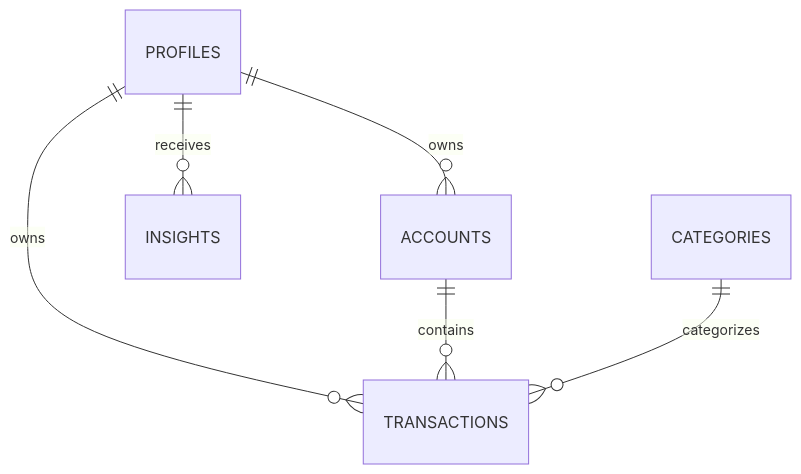
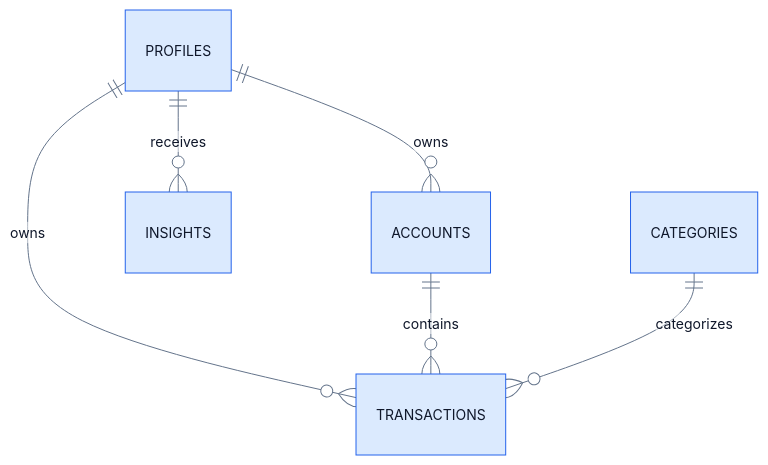
Before and after one commit to Adamya-Varshney/Pocket: the eighth of 10 diagrams in README.md, drawn with Mermaid. The commit also changed other lines of this file, not shown here.

First line of the commit message:
docs(readme): restyle diagrams with a bright, sharp visual theme (#4)

````diff
--- a/README.md
+++ b/README.md
@@ -259,8 +299,9 @@
 ```mermaid
+%%{init: {"theme":"base","themeVariables":{"fontFamily":"Inter, Segoe UI, Helvetica Neue, Arial, sans-serif","fontSize":"14px","primaryColor":"#DBEAFE","primaryTextColor":"#0F172A","primaryBorderColor":"#2563EB","lineColor":"#64748B","secondaryColor":"#EFF6FF","tertiaryColor":"#FFFFFF","attributeBackgroundColorOdd":"#FFFFFF","attributeBackgroundColorEven":"#EFF6FF","relationColor":"#64748B","relationLabelBackground":"#FFFFFF","edgeLabelBackground":"#FFFFFF","labelBackground":"#FFFFFF","relationLabelColor":"#0F172A"},"er":{"layoutDirection":"LR","entityPadding":18,"fontSize":14}}}%%
 erDiagram
     PROFILES ||--o{ ACCOUNTS : owns
     PROFILES ||--o{ TRANSACTIONS : owns
     PROFILES ||--o{ INSIGHTS : receives
     ACCOUNTS ||--o{ TRANSACTIONS : contains
     CATEGORIES ||--o{ TRANSACTIONS : categorizes
 ```
````
